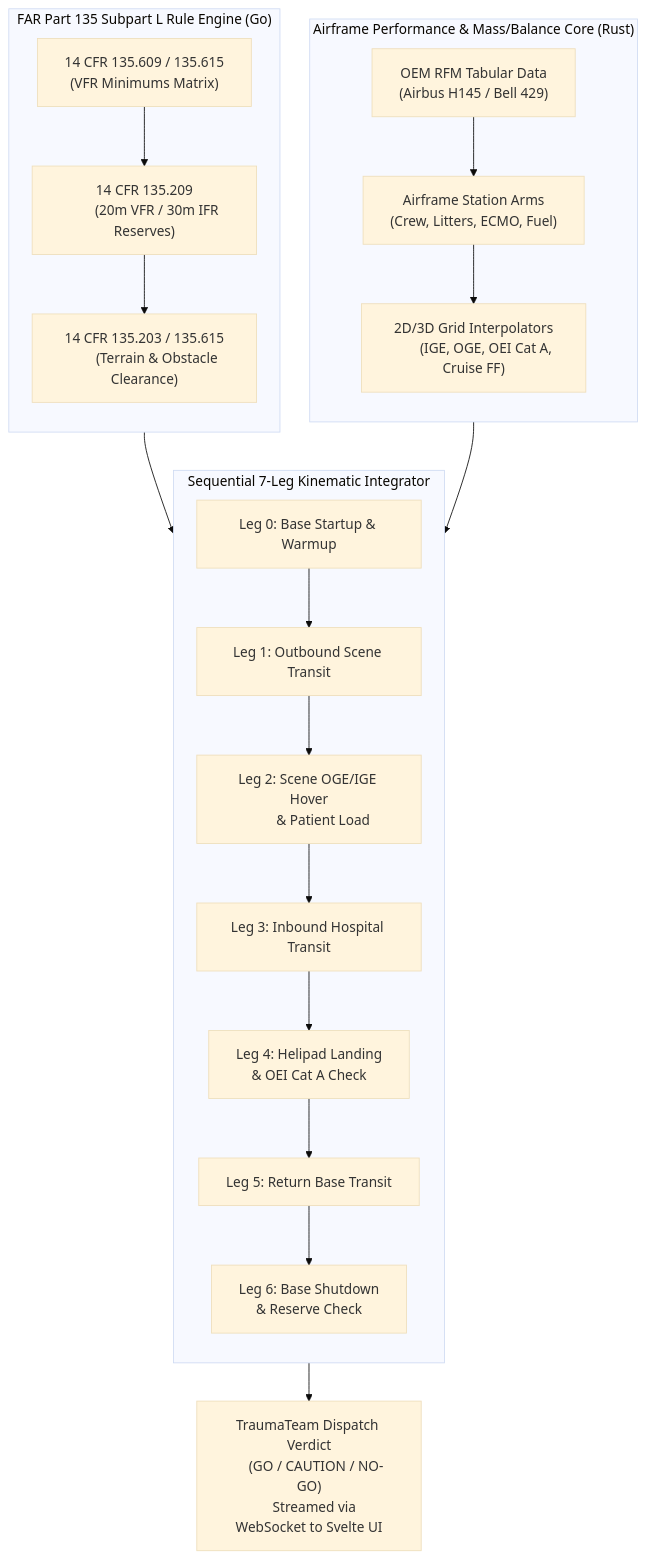
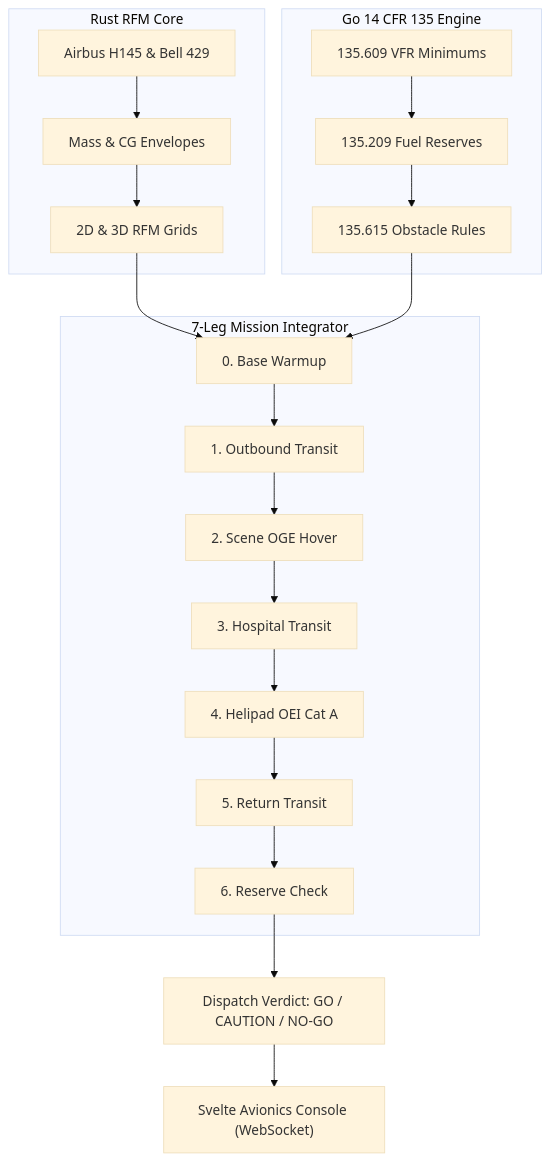
One commit to Cappuccino-san/Trauma-Team changed the diagram in README.md. Above: the diagram before and after it, drawn with Mermaid (base theme).

Commit message:
Fix Mermaid diagram label sizing in README so text fits cleanly inside cells on GitHub

````diff
--- a/README.md
+++ b/README.md
@@ -19,48 +19,34 @@
 ```mermaid
-%%{init: {'flowchart': {'nodeSpacing': 35, 'rankSpacing': 45, 'padding': 16}}}%%
 flowchart TD
-    subgraph Data_Model ["Airframe Performance & Mass/Balance Core (Rust)"]
-        direction TB
-        RFM["OEM RFM Tabular Data
-        (Airbus H145 / Bell 429)"]
-        STATIONS["Airframe Station Arms
-        (Crew, Litters, ECMO, Fuel)"]
-        INTERP["2D/3D Grid Interpolators
-        (IGE, OGE, OEI Cat A, Cruise FF)"]
+    subgraph RustCore ["Rust RFM Core"]
+        RFM["Airbus H145 & Bell 429"]
+        STATIONS["Mass & CG Envelopes"]
+        INTERP["2D & 3D RFM Grids"]
         RFM --> STATIONS --> INTERP
     end
 
-    subgraph Regulatory_Engine ["FAR Part 135 Subpart L Rule Engine (Go)"]
-        direction TB
-        FAR615["14 CFR 135.609 / 135.615
-        (VFR Minimums Matrix)"]
-        FAR209["14 CFR 135.209
-        (20m VFR / 30m IFR Reserves)"]
-        TERRAIN["14 CFR 135.203 / 135.615
-        (Terrain & Obstacle Clearance)"]
+    subgraph GoEngine ["Go 14 CFR 135 Engine"]
+        FAR615["135.609 VFR Minimums"]
+        FAR209["135.209 Fuel Reserves"]
+        TERRAIN["135.615 Obstacle Rules"]
         FAR615 --> FAR209 --> TERRAIN
     end
 
-    subgraph State_Machine ["Sequential 7-Leg Kinematic Integrator"]
-        direction TB
-        LEG0["Leg 0: Base Startup & Warmup"]
-        LEG1["Leg 1: Outbound Scene Transit"]
-        LEG2["Leg 2: Scene OGE/IGE Hover
-        & Patient Load"]
-        LEG3["Leg 3: Inbound Hospital Transit"]
-        LEG4["Leg 4: Helipad Landing
-        & OEI Cat A Check"]
-        LEG5["Leg 5: Return Base Transit"]
-        LEG6["Leg 6: Base Shutdown
-        & Reserve Check"]
+    subgraph MissionLoop ["7-Leg Mission Integrator"]
+        LEG0["0. Base Warmup"]
+        LEG1["1. Outbound Transit"]
+        LEG2["2. Scene OGE Hover"]
+        LEG3["3. Hospital Transit"]
+        LEG4["4. Helipad OEI Cat A"]
+        LEG5["5. Return Transit"]
+        LEG6["6. Reserve Check"]
         LEG0 --> LEG1 --> LEG2 --> LEG3 --> LEG4 --> LEG5 --> LEG6
     end
 
-    DECISION["TraumaTeam Dispatch Verdict
-    (GO / CAUTION / NO-GO)
-    Streamed via WebSocket to Svelte UI"]
+    DECISION["Dispatch Verdict: GO / CAUTION / NO-GO"]
+    UI["Svelte Avionics Console (WebSocket)"]
 
     INTERP --> LEG0
     TERRAIN --> LEG0
-    LEG6 --> DECISION
+    LEG6 --> DECISION --> UI
 ```
````
